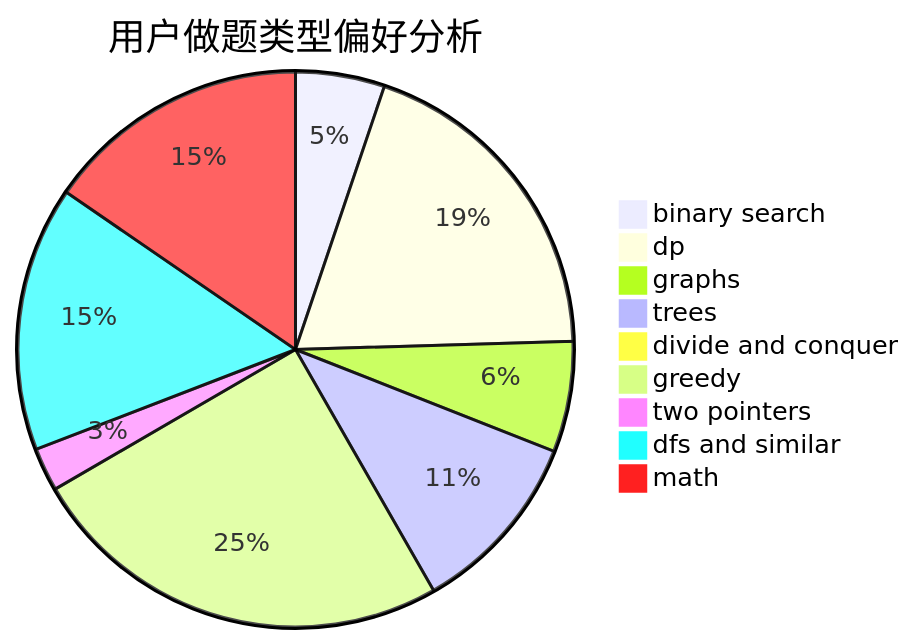
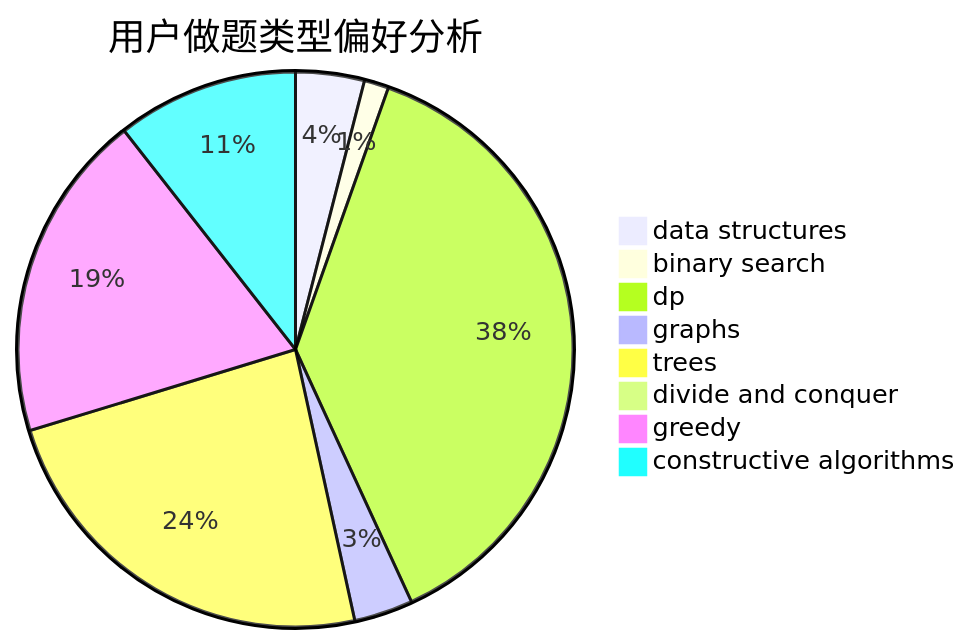
One commit to sherpahu/cfrs.github.io changed the second of 3 diagrams in docs/user/u117.md. Above: the diagram before and after it, drawn with Mermaid. The commit also changed other lines of this file and 2775 other files, not shown here.

````diff
--- a/docs/user/u117.md
+++ b/docs/user/u117.md
@@ -23,12 +23,11 @@
 ```mermaid
 pie title 用户做题类型偏好分析
-    "binary search" :  41
-    "dp" :  153
-    "graphs" :  51
-    "trees" :  85
+    "data structures" :  14
+    "binary search" :  5
+    "dp" :  132
+    "graphs" :  12
+    "trees" :  83
     "divide and conquer" :  0
-    "greedy" :  197
-    "two pointers" :  20
-    "dfs and similar" :  122
-    "math" :  122
+    "greedy" :  67
+    "constructive algorithms" :  37
 ```
````
